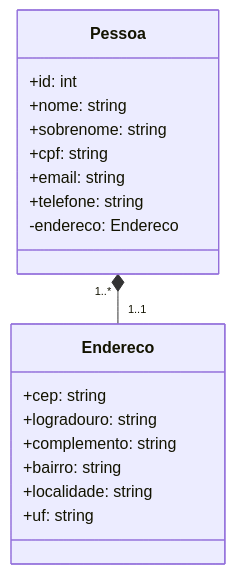
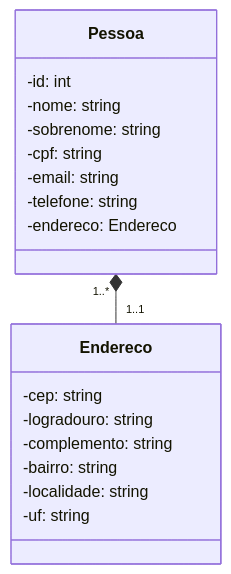
Before and after one commit to reynaldo-hendson/Desafio-Backend-Api-Restful-Santander-2023: the diagram in README.md, drawn with Mermaid.

````diff
--- a/README.md
+++ b/README.md
@@ -6,23 +6,23 @@
 ```mermaid
 classDiagram
   class Pessoa {
-    +id: int
-    +nome: string
-    +sobrenome: string
-    +cpf: string
-    +email: string
-    +telefone: string
+    -id: int
+    -nome: string
+    -sobrenome: string
+    -cpf: string
+    -email: string
+    -telefone: string
     -endereco: Endereco
   }
 
   class Endereco {
-    +cep: string
-    +logradouro: string
-    +complemento: string
-    +bairro: string
-    +localidade: string
-    +uf: string
+    -cep: string
+    -logradouro: string
+    -complemento: string
+    -bairro: string
+    -localidade: string
+    -uf: string
   }
 
   Pessoa "1..*" *-- "1..1" Endereco
 ```
````
